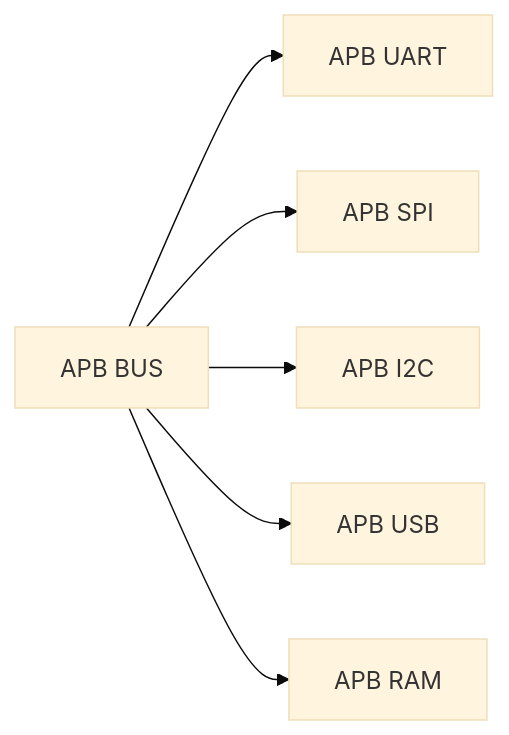
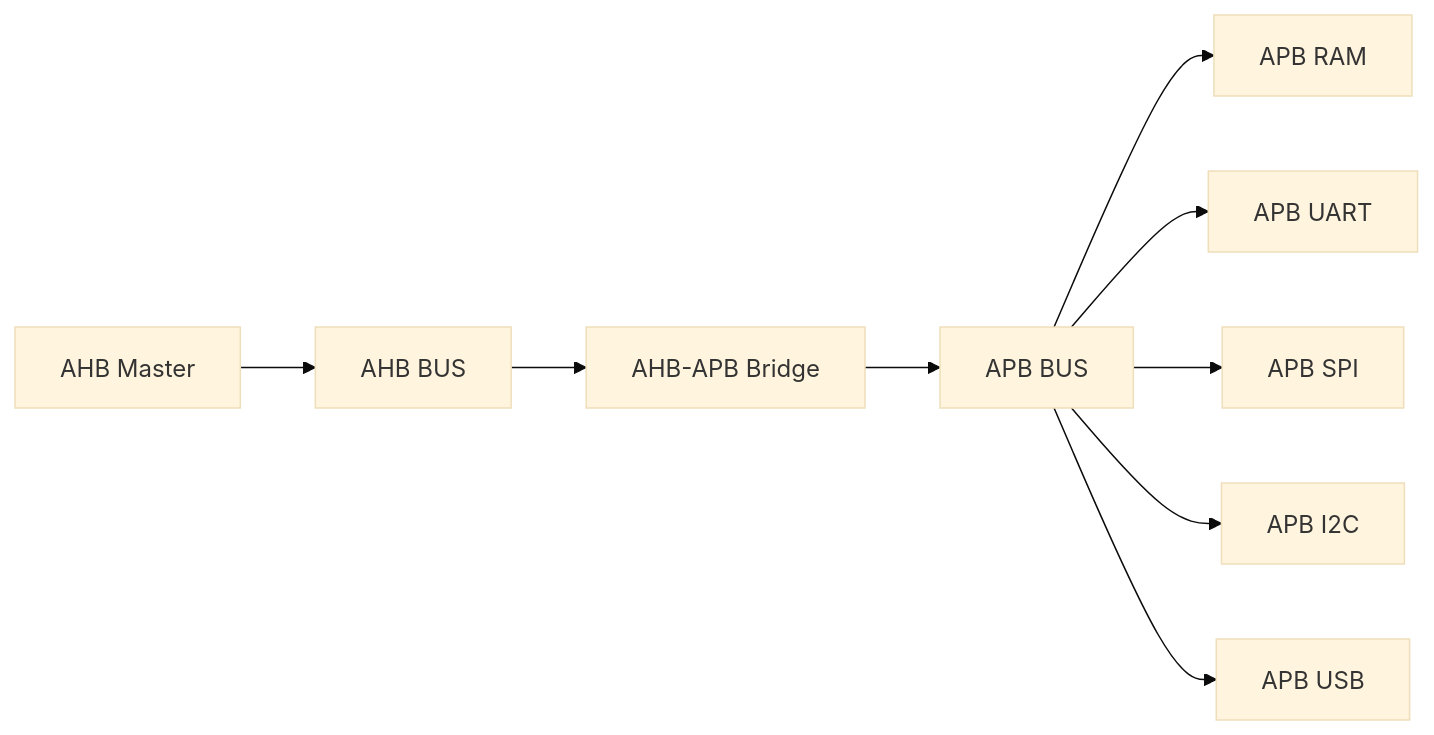
One commit to rajesh042005/APB-Peripheral-Wrappers---Verilog-RTL-Design changed the first of 6 diagrams in README.md. Above: the diagram before and after it, drawn with Mermaid (base theme). The commit also changed other lines of this file, not shown here.

````diff
--- a/README.md
+++ b/README.md
@@ -26,8 +26,12 @@
 ```mermaid
 flowchart LR
-    APB[APB BUS] --> UART[APB UART]
+    CPU[AHB Master] --> AHB[AHB BUS]
+    AHB --> BRIDGE[AHB-APB Bridge]
+    BRIDGE --> APB[APB BUS]
+
+    APB --> RAM[APB RAM]
+    APB --> UART[APB UART]
     APB --> SPI[APB SPI]
     APB --> I2C[APB I2C]
     APB --> USB[APB USB]
-    APB --> RAM[APB RAM]
 ```
````
